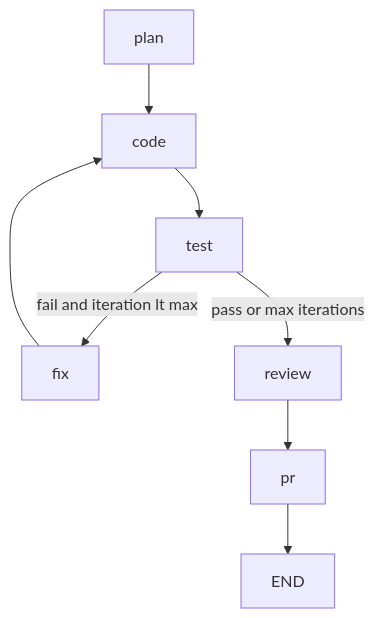
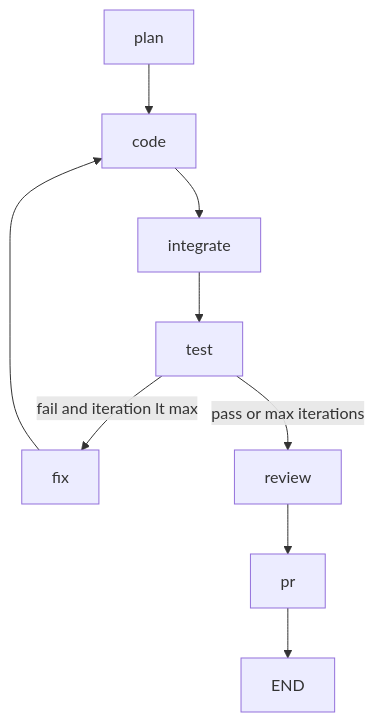
One commit to DarshanCode2005/Go-PR-Bot changed the third of 3 diagrams in docs/ARCHITECTURE.md. Above: the diagram before and after it, drawn with Mermaid. The commit also changed other lines of this file and 14 other files, not shown here.

````diff
--- a/docs/ARCHITECTURE.md
+++ b/docs/ARCHITECTURE.md
@@ -157,10 +170,11 @@
 ```mermaid
 flowchart TB
   plan --> code
-  code --> test
+  code --> integrate
+  integrate --> test
   test -->|"fail and iteration lt max"| fix
   test -->|pass or max iterations| review
   fix --> code
   review --> pr
-  pr --> endNode["END"]
+  pr --> endNodeFull["END"]
 ```
````
